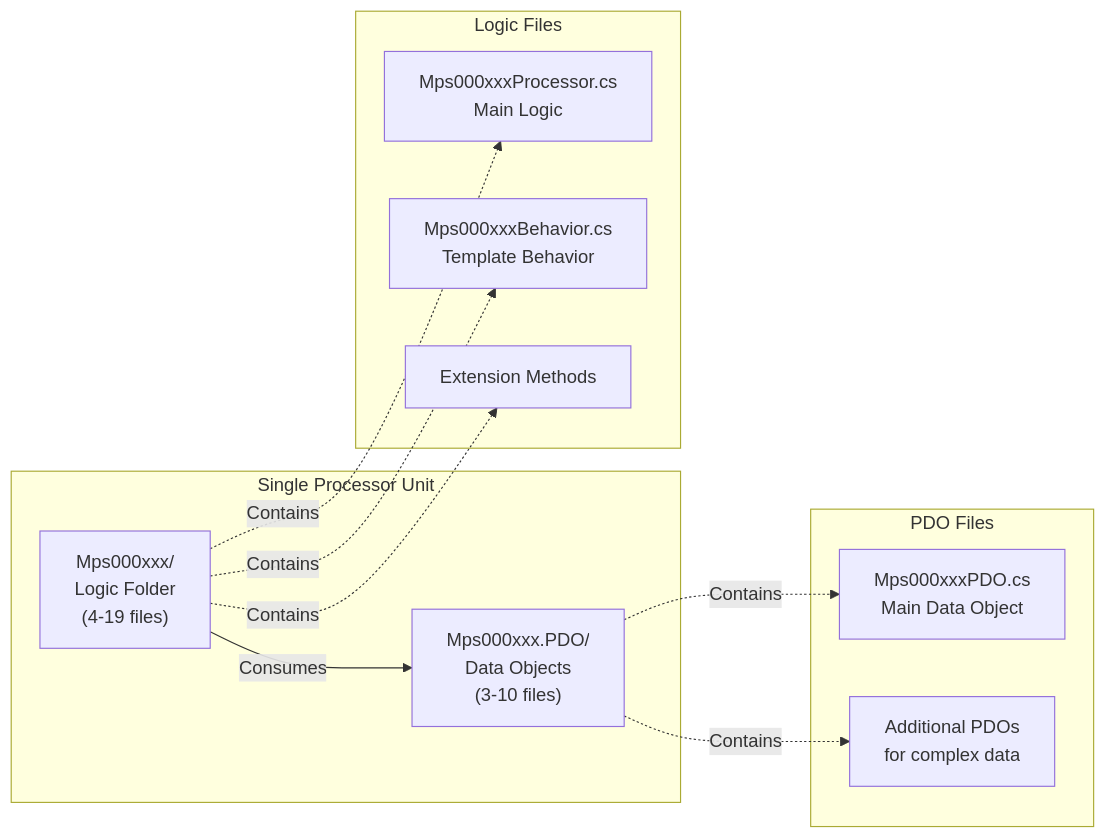
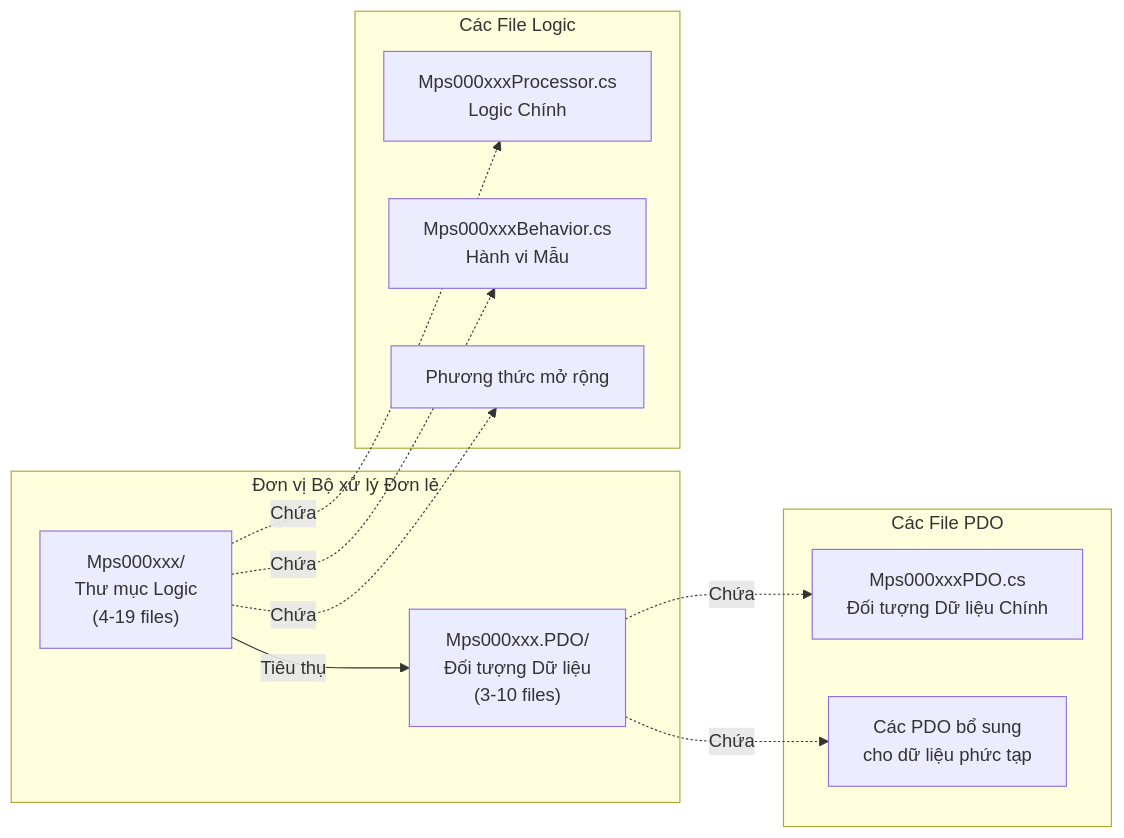
Diagram 11 of 32 in docs/his-ba-documentation/04-integrations/notifications-events.md (thangpnb/HIS), drawn with Mermaid before and after one commit. The commit also changed other lines of this file and 30 other files, not shown here.

Commit message:
Refactor architecture docs and update translations

````diff
--- a/docs/his-ba-documentation/04-integrations/notifications-events.md
+++ b/docs/his-ba-documentation/04-integrations/notifications-events.md
@@ -744,27 +741,27 @@
 ```mermaid
 graph LR
-    subgraph "Single Processor Unit"
-        Logic["Mps000xxx/<br/>Logic Folder<br/>(4-19 files)"]
-        PDO["Mps000xxx.PDO/<br/>Data Objects<br/>(3-10 files)"]
+    subgraph "Đơn vị Bộ xử lý Đơn lẻ"
+        Logic["Mps000xxx/<br/>Thư mục Logic<br/>(4-19 files)"]
+        PDO["Mps000xxx.PDO/<br/>Đối tượng Dữ liệu<br/>(3-10 files)"]
     end
     
-    Logic -->|"Consumes"| PDO
+    Logic -->|"Tiêu thụ"| PDO
     
-    subgraph "Logic Files"
-        Processor["Mps000xxxProcessor.cs<br/>Main Logic"]
-        Behavior["Mps000xxxBehavior.cs<br/>Template Behavior"]
-        ExtensionMethod["Extension Methods"]
+    subgraph "Các File Logic"
+        Processor["Mps000xxxProcessor.cs<br/>Logic Chính"]
+        Behavior["Mps000xxxBehavior.cs<br/>Hành vi Mẫu"]
+        ExtensionMethod["Phương thức mở rộng"]
     end
     
-    subgraph "PDO Files"
-        MainPDO["Mps000xxxPDO.cs<br/>Main Data Object"]
-        AdditionalPDO["Additional PDOs<br/>for complex data"]
+    subgraph "Các File PDO"
+        MainPDO["Mps000xxxPDO.cs<br/>Đối tượng Dữ liệu Chính"]
+        AdditionalPDO["Các PDO bổ sung<br/>cho dữ liệu phức tạp"]
     end
     
-    Logic -.->|"Contains"| Processor
-    Logic -.->|"Contains"| Behavior
-    Logic -.->|"Contains"| ExtensionMethod
+    Logic -.->|"Chứa"| Processor
+    Logic -.->|"Chứa"| Behavior
+    Logic -.->|"Chứa"| ExtensionMethod
     
-    PDO -.->|"Contains"| MainPDO
-    PDO -.->|"Contains"| AdditionalPDO
+    PDO -.->|"Chứa"| MainPDO
+    PDO -.->|"Chứa"| AdditionalPDO
 ```
````
